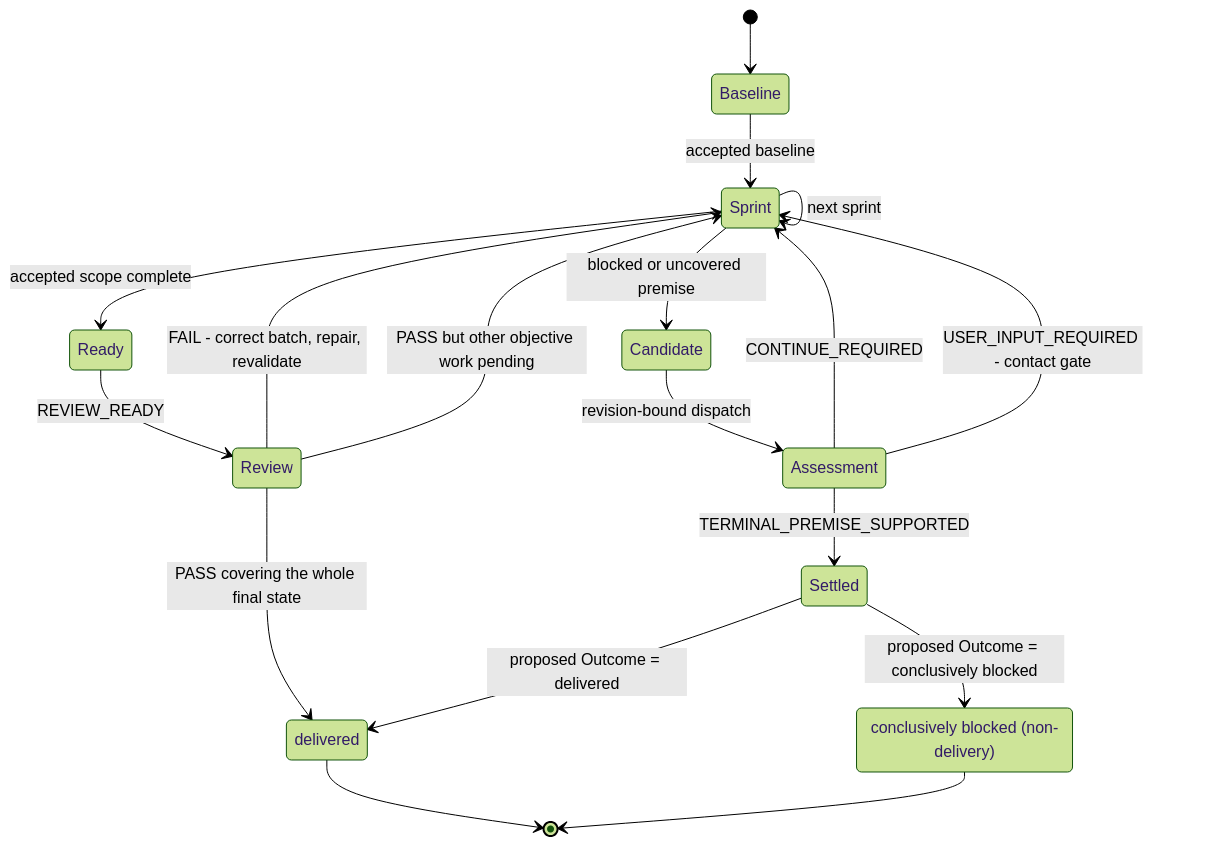
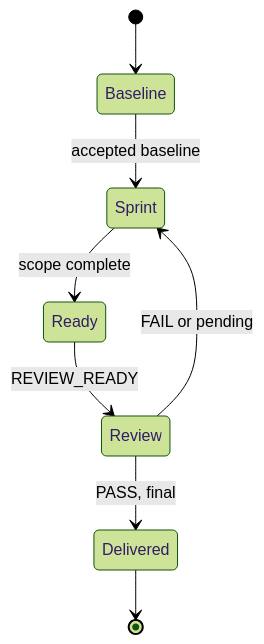
One commit to martin-liu/m-scripts changed the first of 2 diagrams in skills/xdev/SKILL.md. Above: the diagram before and after it, drawn with Mermaid (forest theme). The commit also changed other lines of this file and 1 other file, not shown here.

````diff
--- a/skills/xdev/SKILL.md
+++ b/skills/xdev/SKILL.md
@@ -194,22 +194,10 @@
 ```mermaid
 stateDiagram-v2
-    state "delivered" as Delivered
-    state "conclusively blocked (non-delivery)" as BlockedOut
     [*] --> Baseline
     Baseline --> Sprint: accepted baseline
-    Sprint --> Sprint: next sprint
-    Sprint --> Ready: accepted scope complete
+    Sprint --> Ready: scope complete
     Ready --> Review: REVIEW_READY
-    Review --> Sprint: FAIL - correct batch, repair, revalidate
-    Review --> Sprint: PASS but other objective work pending
-    Review --> Delivered: PASS covering the whole final state
-    Sprint --> Candidate: blocked or uncovered premise
-    Candidate --> Assessment: revision-bound dispatch
-    Assessment --> Sprint: CONTINUE_REQUIRED
-    Assessment --> Sprint: USER_INPUT_REQUIRED - contact gate
-    Assessment --> Settled: TERMINAL_PREMISE_SUPPORTED
-    Settled --> Delivered: proposed Outcome = delivered
-    Settled --> BlockedOut: proposed Outcome = conclusively blocked
+    Review --> Sprint: FAIL or pending
+    Review --> Delivered: PASS, final
     Delivered --> [*]
-    BlockedOut --> [*]
 ```
````
